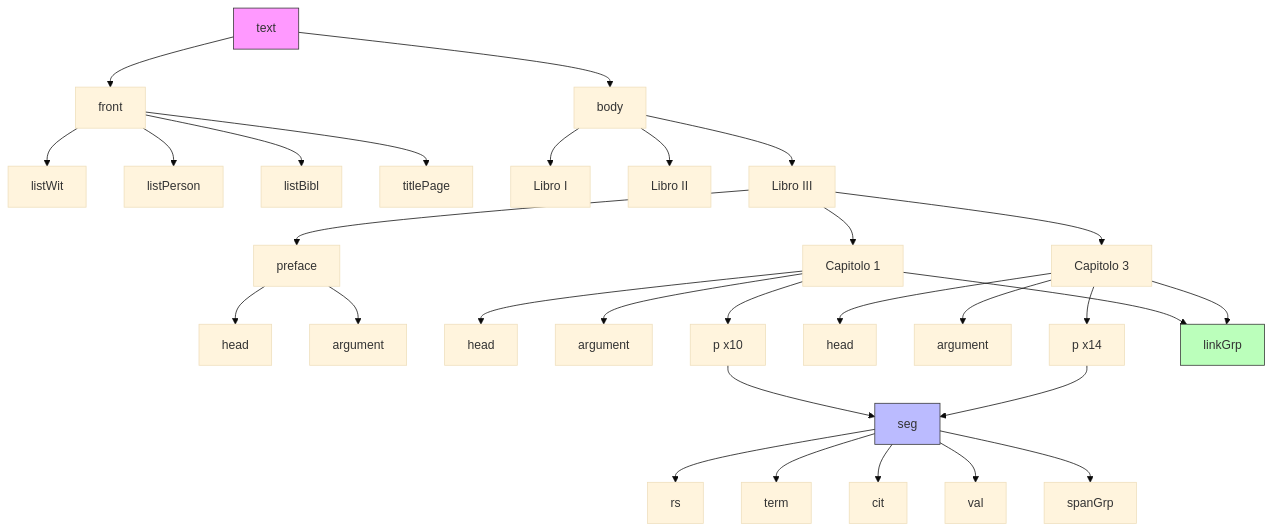
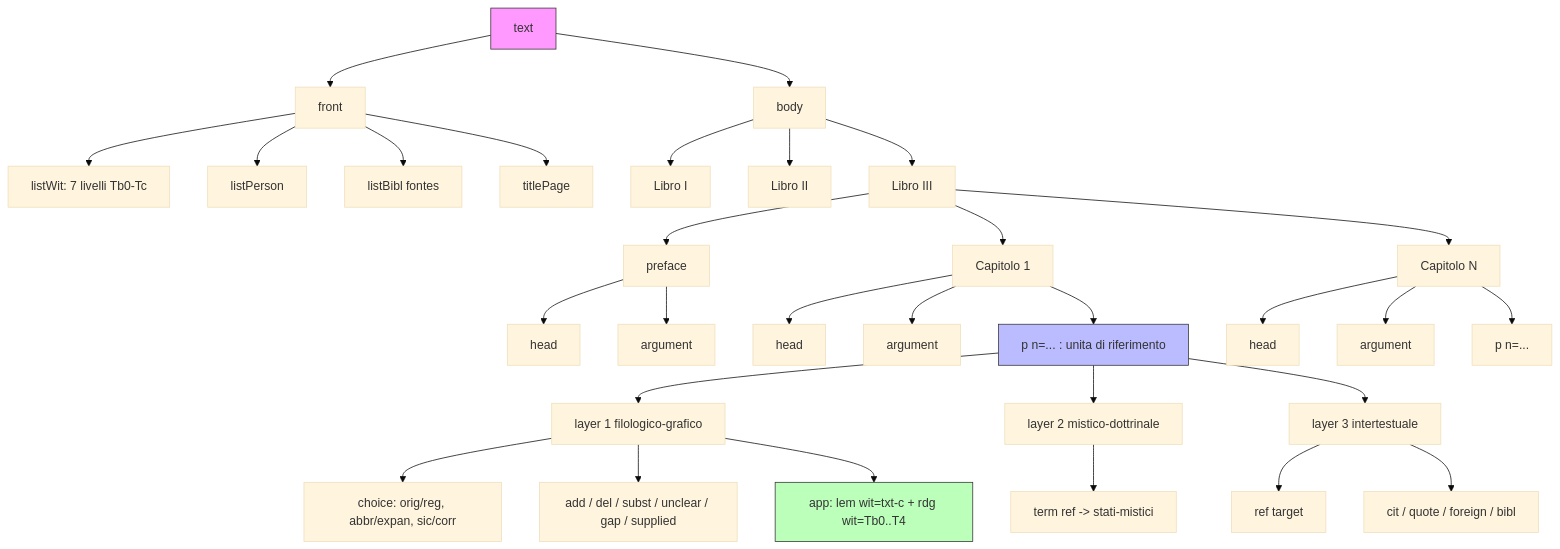
Before and after one commit to luciano-longo77/castello-dell-anima-edizione: the diagram in tei-model/text/diagramma-text.md, drawn with Mermaid (base theme). The commit also changed 2 other files, not shown here.

Commit message:
Consolida il modello del text sul profilo leggero a tre layer
Allinea lo scheletro del <text> e la sua documentazione allo stesso
modello canonico del teiHeader, sostituendo l'annotazione multiassiale
con i tre layer e l'apparato genetico.

- unita' di riferimento = paragrafo <p n="…">, non <seg>
- rimossi seg/@ana, rs, figure, spanGrp/span, ptr, val e le catene
  semantiche linkGrp/link (sede: repo castello-anima-TEI-IA)
- layer 1 (filologico-grafico): trascrizione a due livelli via <choice>
  (orig/reg, abbr/expan, sic/corr), fenomeni materiali (add/del/subst,
  unclear/gap/supplied) e apparato genetico in parallel segmentation
  (app/lem/rdg con @wit e @varSeq) — prima del tutto assente nel modello
- layer 2 (mistico-dottrinale): term/@ref al vocabolario stati-mistici
- layer 3 (intertestuale): cit/quote/foreign/bibl, ref/@target
- front/listWit: sette livelli espliciti (Tb0-Tc); listBibl type="fontes"
- diagramma e README riscritti in coerenza

Claude-Session: https://claude.ai/code/session_01F7BJg7tvTeCyHYcn3HxfuB

````diff
--- a/tei-model/text/diagramma-text.md
+++ b/tei-model/text/diagramma-text.md
@@ -1,45 +1,45 @@
 ```mermaid
 graph TD
   text[text] --> front[front]
   text --> body[body]
-  
-  front --> listWit[listWit]
+
+  front --> listWit[listWit: 7 livelli Tb0-Tc]
   front --> listPerson[listPerson]
-  front --> listBibl[listBibl]
+  front --> listBibl[listBibl fontes]
   front --> titlePage[titlePage]
-  
+
   body --> libro1[Libro I]
   body --> libro2[Libro II]
   body --> libro3[Libro III]
-  
+
   libro3 --> preface[preface]
   libro3 --> cap1[Capitolo 1]
-  libro3 --> cap3[Capitolo 3]
-  
+  libro3 --> capN[Capitolo N]
+
   preface --> headPref[head]
   preface --> argumentPref[argument]
-  
+
   cap1 --> head1[head]
   cap1 --> argument1[argument]
-  cap1 --> paragraphs1[p x10]
-  
-  cap3 --> head3[head]
-  cap3 --> argument3[argument]
-  cap3 --> paragraphs3[p x14]
-  
-  paragraphs1 --> seg[seg]
-  paragraphs3 --> seg
-  
-  seg --> rs[rs]
-  seg --> term[term]
-  seg --> cit[cit]
-  seg --> val[val]
-  seg --> spanGrp[spanGrp]
-  
-  cap1 --> linkGrp[linkGrp]
-  cap3 --> linkGrp
-  
+  cap1 --> paragraphs1[p n=... : unita di riferimento]
+
+  capN --> headN[head]
+  capN --> argumentN[argument]
+  capN --> paragraphsN[p n=...]
+
+  %% Dentro <p>: i tre layer, nessun seg/@ana interpretativo
+  paragraphs1 --> L1[layer 1 filologico-grafico]
+  paragraphs1 --> L2[layer 2 mistico-dottrinale]
+  paragraphs1 --> L3[layer 3 intertestuale]
+
+  L1 --> choice[choice: orig/reg, abbr/expan, sic/corr]
+  L1 --> genetic[add / del / subst / unclear / gap / supplied]
+  L1 --> app[app: lem wit=txt-c + rdg wit=Tb0..T4]
+  L2 --> term[term ref -> stati-mistici]
+  L3 --> ref[ref target]
+  L3 --> cit[cit / quote / foreign / bibl]
+
   style text fill:#f9f,stroke:#333
-  style seg fill:#bbf,stroke:#333
-  style linkGrp fill:#bfb,stroke:#333
+  style paragraphs1 fill:#bbf,stroke:#333
+  style app fill:#bfb,stroke:#333
 ```
````
